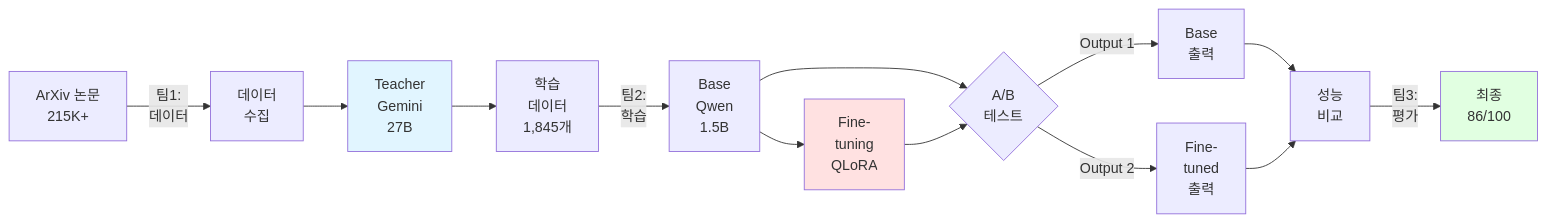
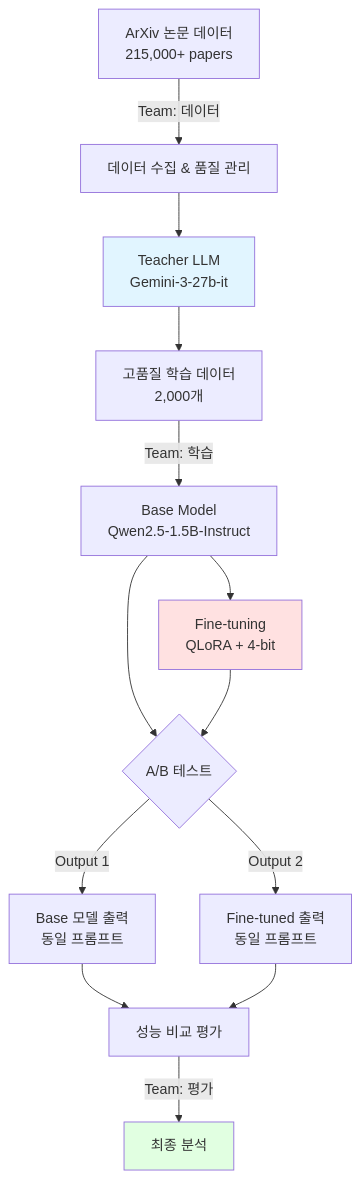
Before and after one commit to chopeacekr/my-news-briefing: the diagram in ArXiv-NewsBrief-1.5B-2k-v4.2/reports/REPORT_PRESENTATION.md, drawn with Mermaid. The commit also changed other lines of this file and 3 other files, not shown here.

````diff
--- a/ArXiv-NewsBrief-1.5B-2k-v4.2/reports/REPORT_PRESENTATION.md
+++ b/ArXiv-NewsBrief-1.5B-2k-v4.2/reports/REPORT_PRESENTATION.md
@@ -74,22 +46,23 @@
 ```mermaid
-graph LR
-    A[ArXiv 논문<br/>215K+] -->|팀1:<br/>데이터| B[데이터<br/>수집]
-    B --> C[Teacher<br/>Gemini<br/>27B]
-    C --> D[학습<br/>데이터<br/>1,845개]
+graph TB
+    A[ArXiv 논문 데이터<br/>215,000+ papers] -->|Team: 데이터| B[데이터 수집 & 품질 관리]
+    B --> C[Teacher LLM<br/>Gemini-3-27b-it]
+    C --> D[고품질 학습 데이터<br/>2,000개]
     
-    D -->|팀2:<br/>학습| E[Base<br/>Qwen<br/>1.5B]
-    E --> F{A/B<br/>테스트}
+    D -->|Team: 학습| E[Base Model<br/>Qwen2.5-1.5B-Instruct]
+    E --> F{A/B 테스트}
     
-    F -->|Output 1| G[Base<br/>출력]
-    E --> H[Fine-<br/>tuning<br/>QLoRA]
+    F -->|Output 1| G[Base 모델 출력<br/>동일 프롬프트]
+    
+    E --> H[Fine-tuning<br/>QLoRA + 4-bit]
     H --> F
-    F -->|Output 2| I[Fine-<br/>tuned<br/>출력]
+    F -->|Output 2| I[Fine-tuned 출력<br/>동일 프롬프트]
     
-    G --> J[성능<br/>비교]
+    G --> J[성능 비교 평가]
     I --> J
-    J -->|팀3:<br/>평가| K[최종<br/>86/100]
+    J -->|Team: 평가| K[최종 분석]
     
     style C fill:#e1f5ff
     style H fill:#ffe1e1
     style K fill:#e1ffe1
 ```
````
